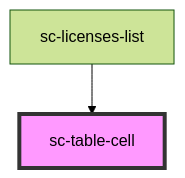
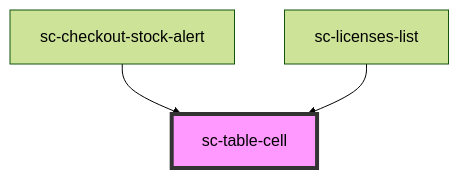
Before and after one commit to surecart/surecart-wp-plugin: the diagram in packages/components/src/components/ui/table-cell/readme.md, drawn with Mermaid (forest theme). The commit also changed other lines of this file and 34 other files, not shown here.

````diff
--- a/packages/components/src/components/ui/table-cell/readme.md
+++ b/packages/components/src/components/ui/table-cell/readme.md
@@ -15,5 +16,6 @@
 ```mermaid
 graph TD;
+  sc-checkout-stock-alert --> sc-table-cell
   sc-licenses-list --> sc-table-cell
   style sc-table-cell fill:#f9f,stroke:#333,stroke-width:4px
 ```
````
